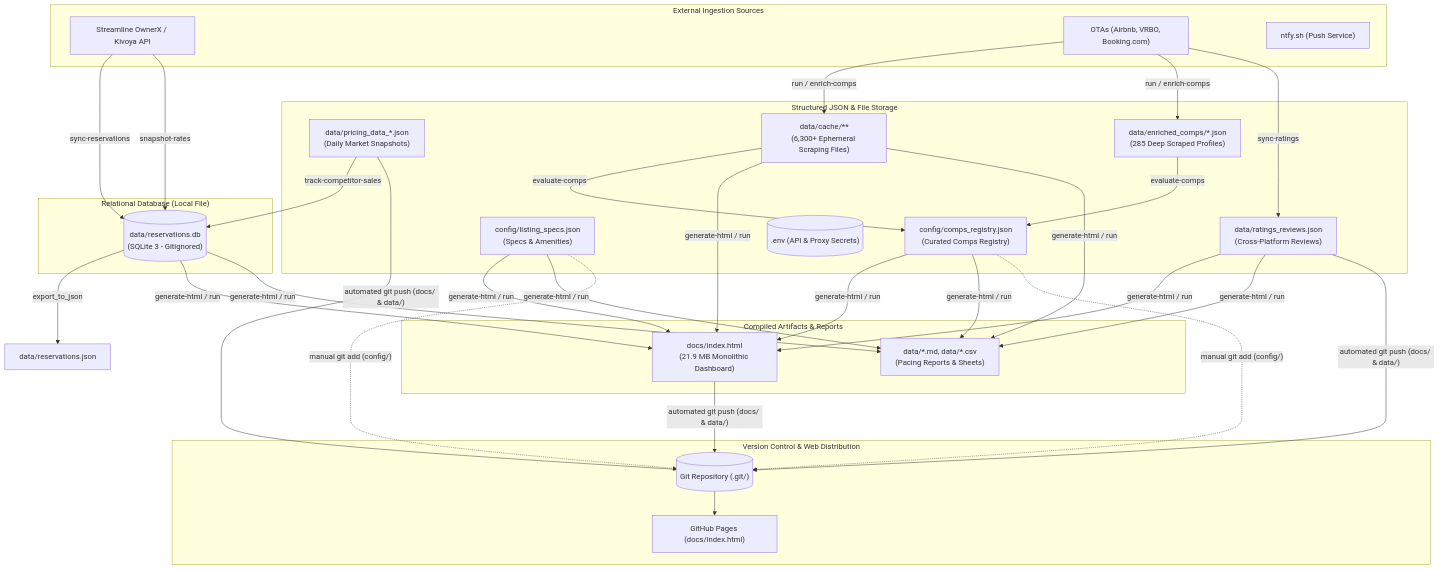
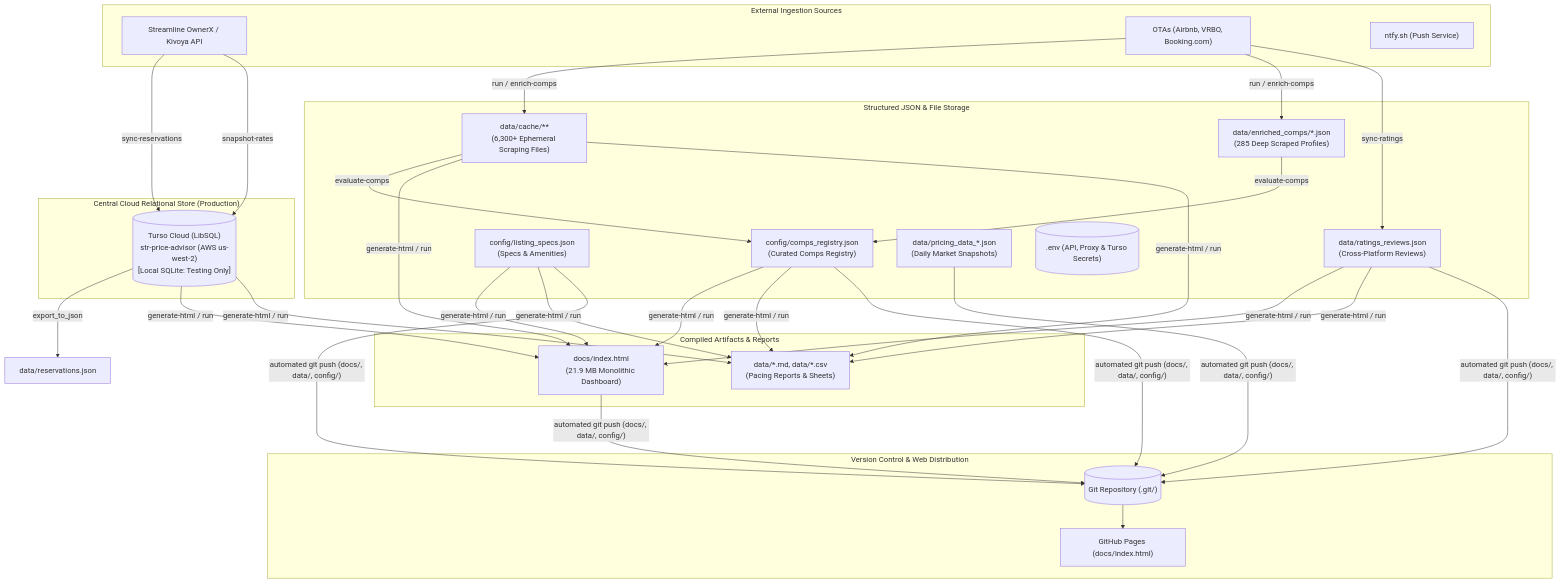
The first of 2 diagrams in docs/storage.md (ivanpenkov/str-price-advisor), drawn with Mermaid before and after one commit. The commit also changed other lines of this file and 27 other files, not shown here.

Commit message:
Migrate storage to Turso Cloud (LibSQL) and implement Operational Role Separation

````diff
--- a/docs/storage.md
+++ b/docs/storage.md
@@ -32,44 +30,42 @@
 ```mermaid
 flowchart TD
     subgraph ExternalSources ["External Ingestion Sources"]
         PMS["Streamline OwnerX / Kivoya API"]
         OTAs["OTAs (Airbnb, VRBO, Booking.com)"]
         NTFY["ntfy.sh (Push Service)"]
     end
 
-    subgraph RelationalStore ["Relational Database (Local File)"]
-        DB[("data/reservations.db<br/>(SQLite 3 - Gitignored)")]
+    subgraph RelationalStore ["Central Cloud Relational Store (Production)"]
+        TURSO[("Turso Cloud (LibSQL)<br/>str-price-advisor (AWS us-west-2)<br/>[Local SQLite: Testing Only]")]
     end
 
     subgraph FileStorage ["Structured JSON & File Storage"]
         REG["config/comps_registry.json<br/>(Curated Comps Registry)"]
         SPECS["config/listing_specs.json<br/>(Specs & Amenities)"]
         REV["data/ratings_reviews.json<br/>(Cross-Platform Reviews)"]
         SNAPS["data/pricing_data_*.json<br/>(Daily Market Snapshots)"]
         ENRICH["data/enriched_comps/*.json<br/>(285 Deep Scraped Profiles)"]
         CACHE["data/cache/**<br/>(6,300+ Ephemeral Scraping Files)"]
-        ENV[(".env (API & Proxy Secrets)")]
+        ENV[(".env (API, Proxy & Turso Secrets)")]
     end
 
     subgraph GeneratedArtifacts ["Compiled Artifacts & Reports"]
         HTML["docs/index.html<br/>(21.9 MB Monolithic Dashboard)"]
         MD_CSV["data/*.md, data/*.csv<br/>(Pacing Reports & Sheets)"]
     end
 
     subgraph GitRemote ["Version Control & Web Distribution"]
         GIT[("Git Repository (.git/)")]
         GHP["GitHub Pages (docs/index.html)"]
     end
 
-    PMS -->|"sync-reservations"| DB
-    PMS -->|"snapshot-rates"| DB
-    DB -->|"export_to_json"| RES_JSON["data/reservations.json"]
+    PMS -->|"sync-reservations"| TURSO
+    PMS -->|"snapshot-rates"| TURSO
+    TURSO -->|"export_to_json"| RES_JSON["data/reservations.json"]
     OTAs -->|"run / enrich-comps"| CACHE & ENRICH
     OTAs -->|"sync-ratings"| REV
     CACHE & ENRICH -->|"evaluate-comps"| REG
-    REG & SPECS & CACHE & DB & REV -->|"generate-html / run"| HTML & MD_CSV
-    SNAPS -->|"track-competitor-sales"| DB
-    HTML & SNAPS & REV -->|"automated git push (docs/ & data/)"| GIT
-    REG & SPECS -.->|"manual git add (config/)"| GIT
+    REG & SPECS & CACHE & TURSO & REV -->|"generate-html / run"| HTML & MD_CSV
+    HTML & SNAPS & REV & REG & SPECS -->|"automated git push (docs/, data/, config/)"| GIT
     GIT --> GHP
 ```
````
